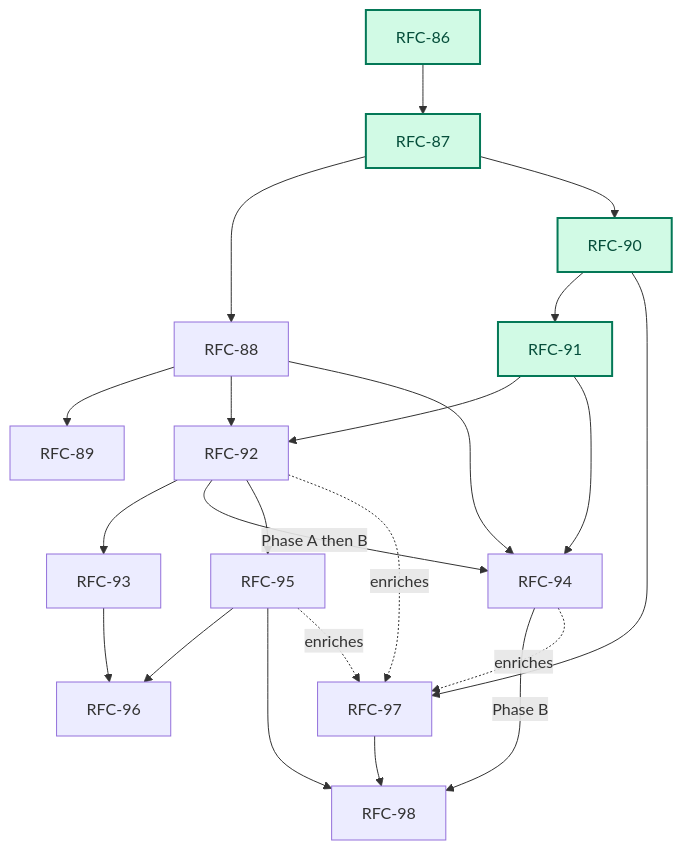
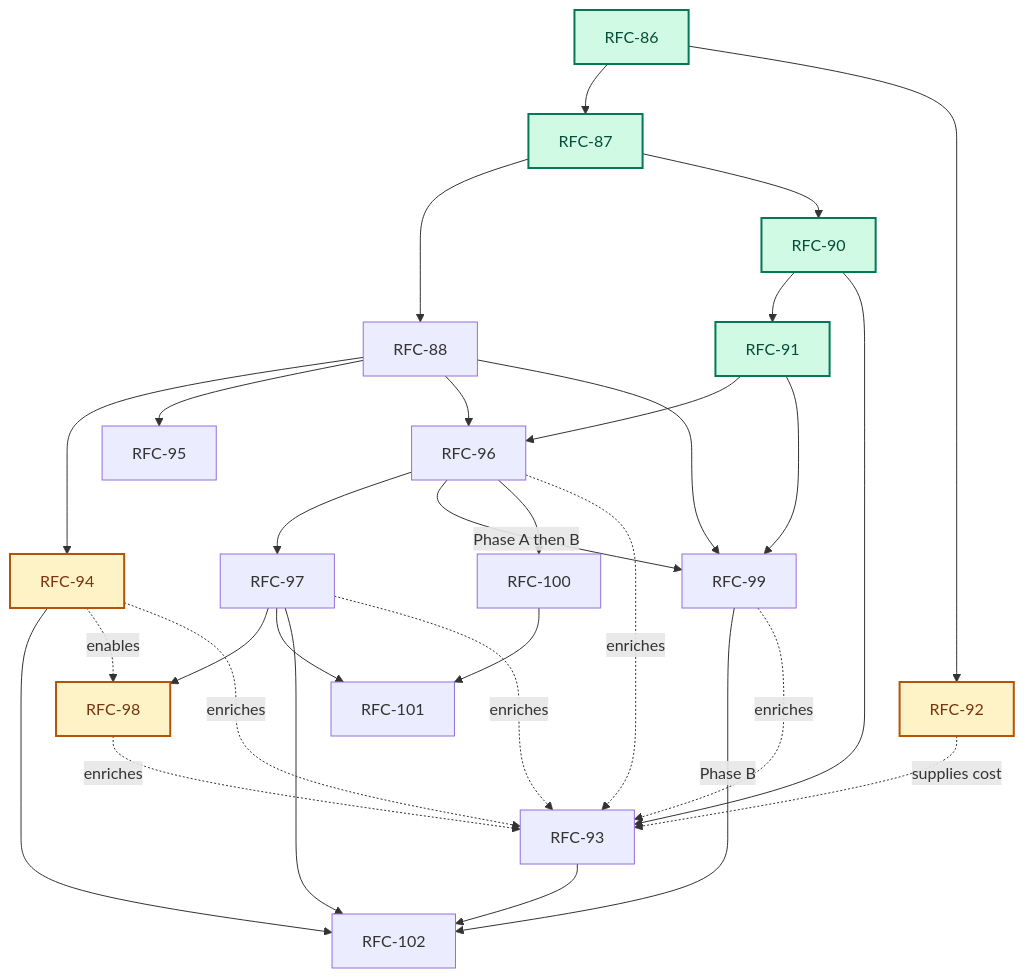
One commit to augentic/anvil changed the diagram in rfcs/platform.md. Above: the diagram before and after it, drawn with Mermaid. The commit also changed other lines of this file and 31 other files, not shown here.

````diff
--- a/rfcs/platform.md
+++ b/rfcs/platform.md
@@ -23,27 +25,38 @@
 ```mermaid
 flowchart TD
     R86[RFC-86] --> R87[RFC-87]
+    R86 --> R92[RFC-92]
     R87 --> R88[RFC-88]
     R87 --> R90[RFC-90]
-    R88 --> R89[RFC-89]
-    R88 --> R92[RFC-92]
+    R88 --> R94[RFC-94]
+    R88 --> R95[RFC-95]
+    R88 --> R96[RFC-96]
+    R88 --> R99[RFC-99]
     R90 --> R91[RFC-91]
-    R91 --> R92
-    R92 --> R93[RFC-93]
-    R88 --> R94[RFC-94]
-    R91 --> R94
-    R92 -->|Phase A then B| R94
-    R92 --> R95[RFC-95]
-    R90 --> R97[RFC-97]
-    R93 --> R96[RFC-96]
-    R95 --> R96
-    R94 -->|Phase B| R98[RFC-98]
-    R95 --> R98
-    R97 --> R98
-    R92 -. enriches .-> R97
-    R94 -. enriches .-> R97
-    R95 -. enriches .-> R97
+    R90 --> R93[RFC-93]
+    R91 --> R96
+    R91 --> R99
+    R96 --> R97[RFC-97]
+    R96 -->|Phase A then B| R99
+    R96 --> R100[RFC-100]
+    R97 --> R98[RFC-98]
+    R97 --> R101[RFC-101]
+    R97 --> R102[RFC-102]
+    R99 -->|Phase B| R102
+    R100 --> R101
+    R93 --> R102
+    R94 --> R102
+
+    R92 -. supplies cost .-> R93
+    R94 -. enables .-> R98
+    R94 -. enriches .-> R93
+    R96 -. enriches .-> R93
+    R97 -. enriches .-> R93
+    R98 -. enriches .-> R93
+    R99 -. enriches .-> R93
 
     classDef implemented fill:#d1fae5,stroke:#047857,color:#064e3b,stroke-width:2px
+    classDef evidence fill:#fef3c7,stroke:#b45309,color:#78350f,stroke-width:2px
     class R86,R87,R90,R91 implemented
+    class R94,R98,R92 evidence
 ```
````
